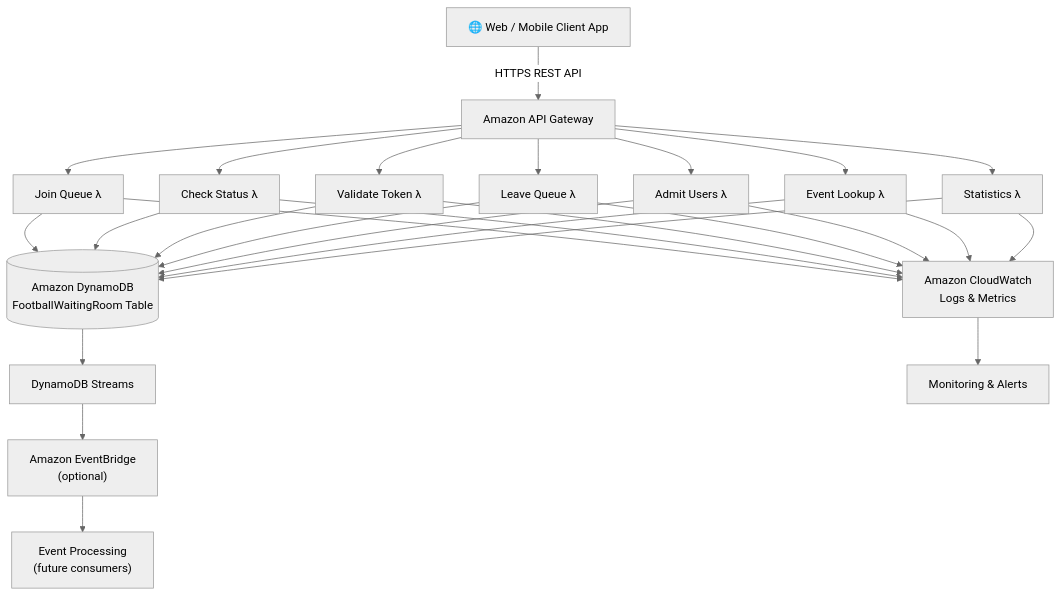
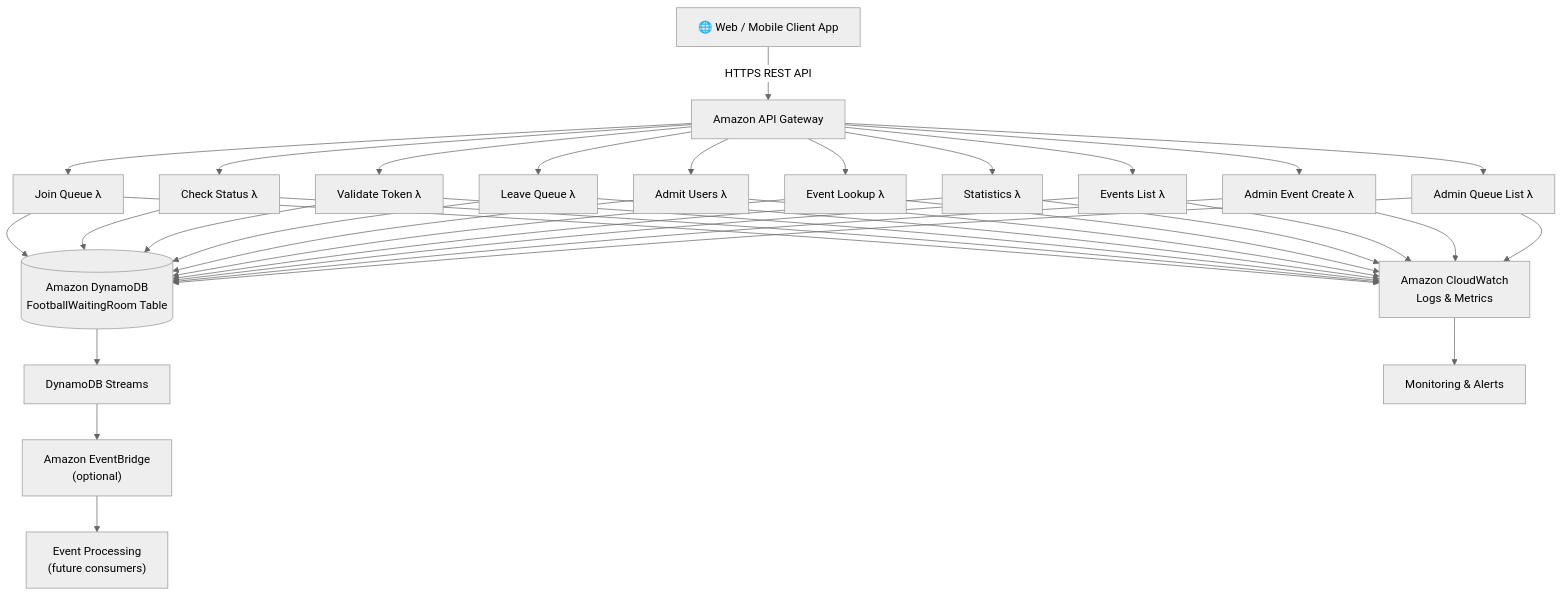
One commit to Afffan16/football-virtual-waiting-room changed the first of 5 diagrams in docs/07-system-architecture.md. Above: the diagram before and after it, drawn with Mermaid (neutral theme). The commit also changed other lines of this file and 38 other files, not shown here.

````diff
--- a/docs/07-system-architecture.md
+++ b/docs/07-system-architecture.md
@@ -36,21 +36,24 @@
 ```mermaid
 flowchart TD
     Client["🌐 Web / Mobile Client App"] -->|HTTPS REST API| APIGW["Amazon API Gateway"]
 
     APIGW --> JQ["Join Queue λ"]
     APIGW --> CS["Check Status λ"]
     APIGW --> VT["Validate Token λ"]
     APIGW --> LQ["Leave Queue λ"]
     APIGW --> AU["Admit Users λ"]
     APIGW --> EL["Event Lookup λ"]
     APIGW --> ST["Statistics λ"]
+    APIGW --> EV["Events List λ"]
+    APIGW --> AE["Admin Event Create λ"]
+    APIGW --> AQ["Admin Queue List λ"]
 
-    JQ & CS & VT & LQ & AU & EL & ST --> DDB[("Amazon DynamoDB<br/>FootballWaitingRoom Table")]
+    JQ & CS & VT & LQ & AU & EL & ST & EV & AE & AQ --> DDB[("Amazon DynamoDB<br/>FootballWaitingRoom Table")]
 
     DDB --> Streams["DynamoDB Streams"]
     Streams --> EB["Amazon EventBridge<br/>(optional)"]
     EB --> Proc["Event Processing<br/>(future consumers)"]
 
-    JQ & CS & VT & LQ & AU & EL & ST --> CW["Amazon CloudWatch<br/>Logs & Metrics"]
+    JQ & CS & VT & LQ & AU & EL & ST & EV & AE & AQ --> CW["Amazon CloudWatch<br/>Logs & Metrics"]
     CW --> Alarms["Monitoring & Alerts"]
 ```
````
